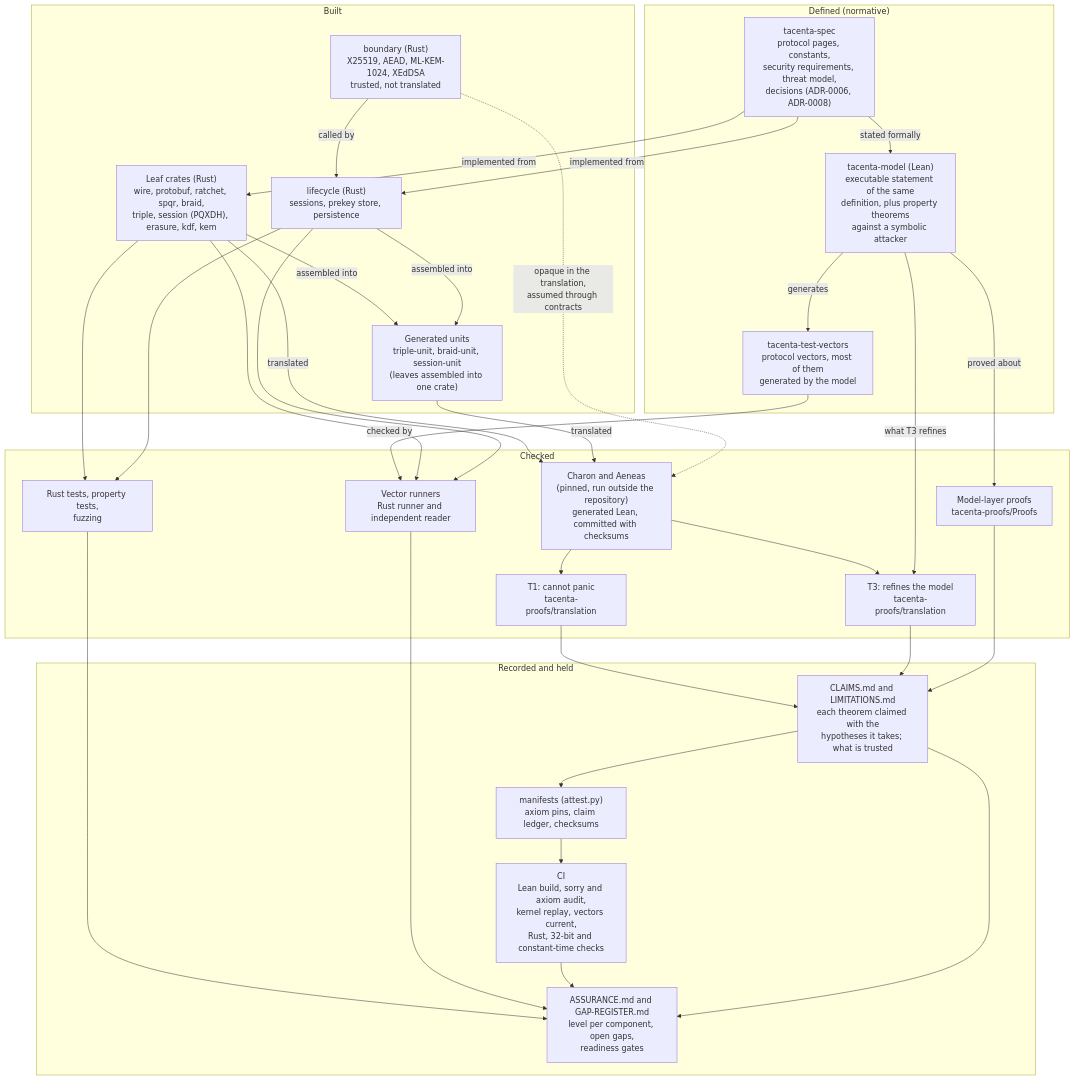
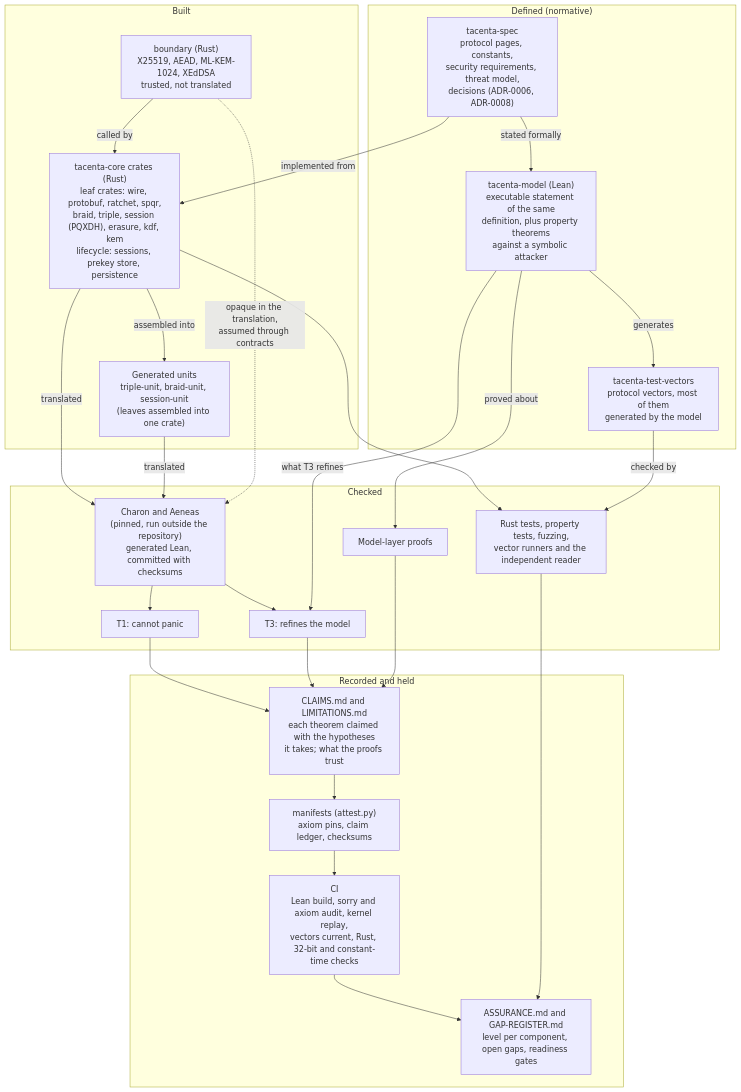
The diagram in README.md (Natuvea/tacenta-core), drawn with Mermaid before and after one commit.

Commit message:
docs: simplify the diagram so fewer lines cross
Merge the leaf crates and the lifecycle into one node, the tests and the
vector runners into one, and keep one line from the checks to the
assurance record.

````diff
--- a/README.md
+++ b/README.md
@@ -101,64 +101,53 @@
 ```mermaid
 flowchart TD
     subgraph DEFINE["Defined (normative)"]
         SPEC["tacenta-spec<br/>protocol pages, constants,<br/>security requirements, threat model,<br/>decisions (ADR-0006, ADR-0008)"]
         MODEL["tacenta-model (Lean)<br/>executable statement of the same<br/>definition, plus property theorems<br/>against a symbolic attacker"]
         VEC["tacenta-test-vectors<br/>protocol vectors, most of them<br/>generated by the model"]
     end
 
     subgraph BUILD["Built"]
-        LEAVES["Leaf crates (Rust)<br/>wire, protobuf, ratchet, spqr, braid,<br/>triple, session (PQXDH), erasure, kdf, kem"]
-        LIFE["lifecycle (Rust)<br/>sessions, prekey store, persistence"]
+        CRATES["tacenta-core crates (Rust)<br/>leaf crates: wire, protobuf, ratchet, spqr,<br/>braid, triple, session (PQXDH), erasure, kdf, kem<br/>lifecycle: sessions, prekey store, persistence"]
         BOUND["boundary (Rust)<br/>X25519, AEAD, ML-KEM-1024, XEdDSA<br/>trusted, not translated"]
         UNITS["Generated units<br/>triple-unit, braid-unit, session-unit<br/>(leaves assembled into one crate)"]
     end
 
     subgraph CHECK["Checked"]
-        TESTS["Rust tests, property tests,<br/>fuzzing"]
-        RUN["Vector runners<br/>Rust runner and independent reader"]
+        TESTS["Rust tests, property tests, fuzzing,<br/>vector runners and the independent reader"]
         TRANS["Charon and Aeneas<br/>(pinned, run outside the repository)<br/>generated Lean, committed with checksums"]
-        T1["T1: cannot panic<br/>tacenta-proofs/translation"]
-        T3["T3: refines the model<br/>tacenta-proofs/translation"]
-        MPROOF["Model-layer proofs<br/>tacenta-proofs/Proofs"]
+        T1["T1: cannot panic"]
+        T3["T3: refines the model"]
+        MPROOF["Model-layer proofs"]
     end
 
     subgraph RECORD["Recorded and held"]
-        CLAIMS["CLAIMS.md and LIMITATIONS.md<br/>each theorem claimed with the<br/>hypotheses it takes; what is trusted"]
+        CLAIMS["CLAIMS.md and LIMITATIONS.md<br/>each theorem claimed with the hypotheses<br/>it takes; what the proofs trust"]
         MANIFEST["manifests (attest.py)<br/>axiom pins, claim ledger, checksums"]
-        CI["CI<br/>Lean build, sorry and axiom audit,<br/>kernel replay, vectors current,<br/>Rust, 32-bit and constant-time checks"]
-        ASSURE["ASSURANCE.md and GAP-REGISTER.md<br/>level per component, open gaps,<br/>readiness gates"]
+        CI["CI<br/>Lean build, sorry and axiom audit, kernel replay,<br/>vectors current, Rust, 32-bit and constant-time checks"]
+        ASSURE["ASSURANCE.md and GAP-REGISTER.md<br/>level per component, open gaps, readiness gates"]
     end
 
     SPEC -->|"stated formally"| MODEL
-    SPEC -->|"implemented from"| LEAVES
-    SPEC -->|"implemented from"| LIFE
+    SPEC -->|"implemented from"| CRATES
     MODEL -->|"generates"| VEC
-    MODEL -->|"proved about"| MPROOF
+    BOUND -->|"called by"| CRATES
+    CRATES -->|"assembled into"| UNITS
 
-    BOUND -->|"called by"| LIFE
-    LEAVES -->|"assembled into"| UNITS
-    LIFE -->|"assembled into"| UNITS
-
-    LEAVES --> TESTS
-    LIFE --> TESTS
-    VEC -->|"checked by"| RUN
-    LEAVES --> RUN
-    LIFE --> RUN
-
-    LEAVES -->|"translated"| TRANS
+    CRATES --> TESTS
+    VEC -->|"checked by"| TESTS
+    CRATES -->|"translated"| TRANS
     UNITS -->|"translated"| TRANS
     BOUND -. "opaque in the translation,<br/>assumed through contracts" .-> TRANS
     TRANS --> T1
     TRANS --> T3
     MODEL -->|"what T3 refines"| T3
+    MODEL -->|"proved about"| MPROOF
 
     T1 --> CLAIMS
     T3 --> CLAIMS
     MPROOF --> CLAIMS
     CLAIMS --> MANIFEST
     MANIFEST --> CI
+    CI --> ASSURE
     TESTS --> ASSURE
-    RUN --> ASSURE
-    CI --> ASSURE
-    CLAIMS --> ASSURE
 ```
````
